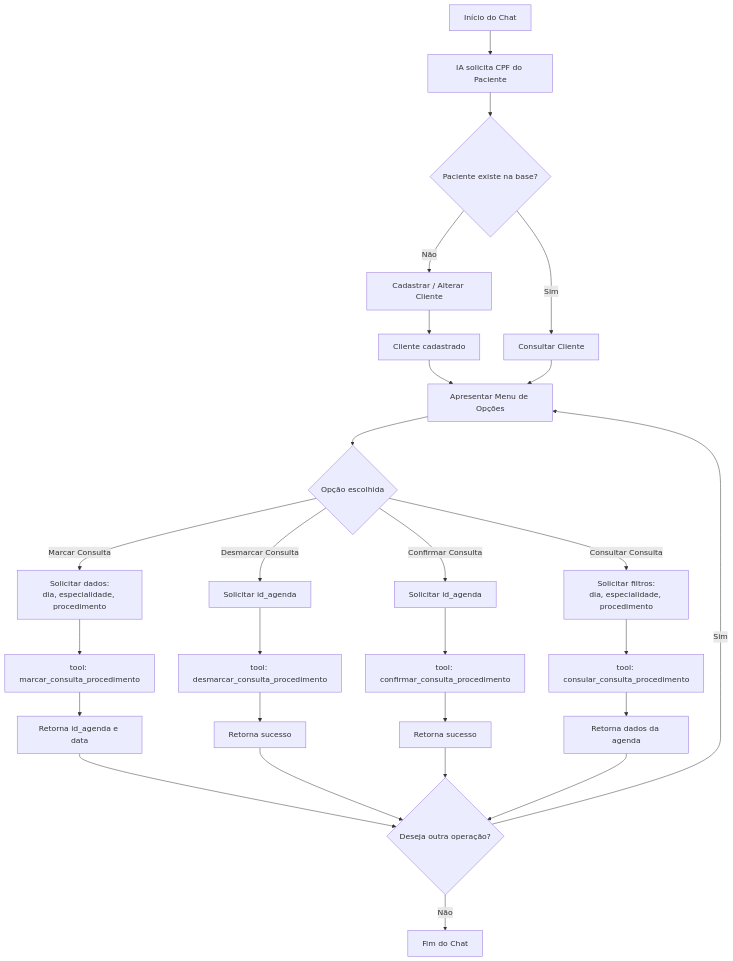
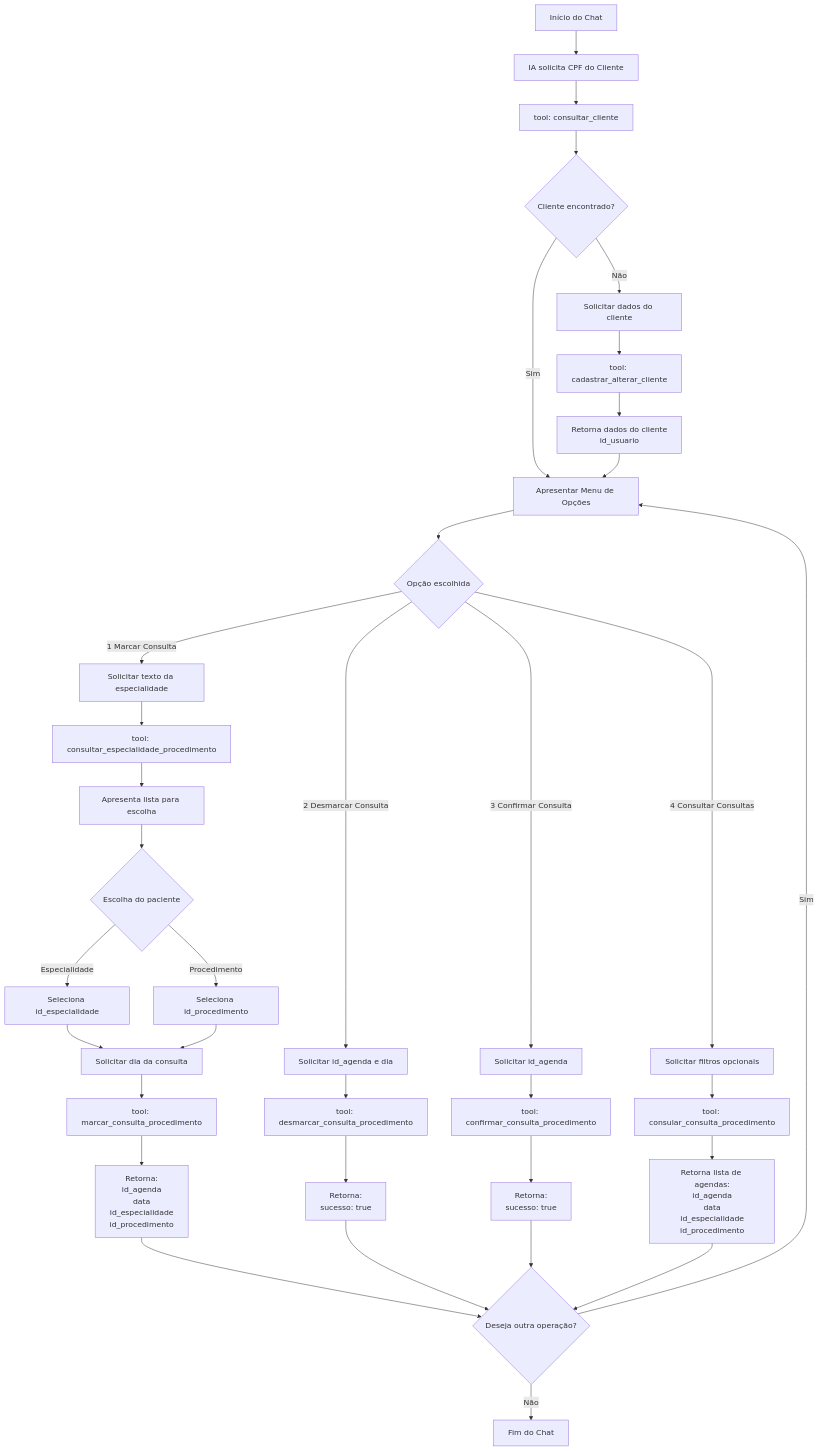
The diagram in fluxo.mermaid (luisrobertolrm/prompt-clinica), drawn with Mermaid before and after one commit.

Commit message:
Refactor consultation flow in fluxo.mermaid; update client prompts and enhance response formatting for better clarity

```diff
--- a/fluxo.mermaid
+++ b/fluxo.mermaid
@@ -1,38 +1,56 @@
 flowchart TD
-    A[Início do Chat] --> B[IA solicita CPF do Paciente]
+    A[Início do Chat] --> B[IA solicita CPF do Cliente]
 
-    B --> C{Paciente existe na base?}
+    B --> C[tool: consultar_cliente]
+    C --> D{Cliente encontrado?}
 
-    C -- Não --> D[Cadastrar / Alterar Cliente]
-    D --> E[Cliente cadastrado]
+    D -- Sim --> G[Apresentar Menu de Opções]
 
-    C -- Sim --> F[Consultar Cliente]
-
-    E --> G[Apresentar Menu de Opções]
+    D -- Não --> E[Solicitar dados do cliente]
+    E --> E2[tool: cadastrar_alterar_cliente]
+    E2 --> F[Retorna dados do cliente<br/>id_usuario]
     F --> G
 
+    %% ================= MENU =================
     G --> H{Opção escolhida}
 
-    H -- Marcar Consulta --> I[Solicitar dados:<br/>dia, especialidade, procedimento]
-    I --> I2[tool: marcar_consulta_procedimento]
-    I2 --> J[Retorna id_agenda e data]
+    %% ========== OPÇÃO 1 : MARCAR CONSULTA ==========
+    H -- 1 Marcar Consulta --> I[Solicitar texto da especialidade]
+    I --> I1[tool: consultar_especialidade_procedimento]
+    I1 --> I2[Apresenta lista para escolha]
 
-    H -- Desmarcar Consulta --> K[Solicitar id_agenda]
+    I2 --> I3{Escolha do paciente}
+
+    I3 -- Especialidade --> I4[Seleciona id_especialidade]
+    I3 -- Procedimento --> I5[Seleciona id_procedimento]
+
+    I4 --> I6[Solicitar dia da consulta]
+    I5 --> I6
+
+    I6 --> I7[tool: marcar_consulta_procedimento]
+    I7 --> J[Retorna:<br/>id_agenda<br/>data<br/>id_especialidade<br/>id_procedimento]
+
+    %% ========== OPÇÃO 2 ==========
+    H -- 2 Desmarcar Consulta --> K[Solicitar id_agenda e dia]
     K --> K2[tool: desmarcar_consulta_procedimento]
-    K2 --> J2[Retorna sucesso]
+    K2 --> J2[Retorna:<br/>sucesso: true]
 
-    H -- Confirmar Consulta --> L[Solicitar id_agenda]
+    %% ========== OPÇÃO 3 ==========
+    H -- 3 Confirmar Consulta --> L[Solicitar id_agenda]
     L --> L2[tool: confirmar_consulta_procedimento]
-    L2 --> J3[Retorna sucesso]
+    L2 --> J3[Retorna:<br/>sucesso: true]
 
-    H -- Consultar Consulta --> M[Solicitar filtros:<br/>dia, especialidade, procedimento]
+    %% ========== OPÇÃO 4 ==========
+    H -- 4 Consultar Consultas --> M[Solicitar filtros opcionais]
     M --> M2[tool: consular_consulta_procedimento]
-    M2 --> J4[Retorna dados da agenda]
+    M2 --> J4[Retorna lista de agendas:<br/>id_agenda<br/>data<br/>id_especialidade<br/>id_procedimento]
 
+
+    %% ========== LOOP ==========
     J --> N{Deseja outra operação?}
     J2 --> N
     J3 --> N
     J4 --> N
 
     N -- Sim --> G
     N -- Não --> O[Fim do Chat]
```
